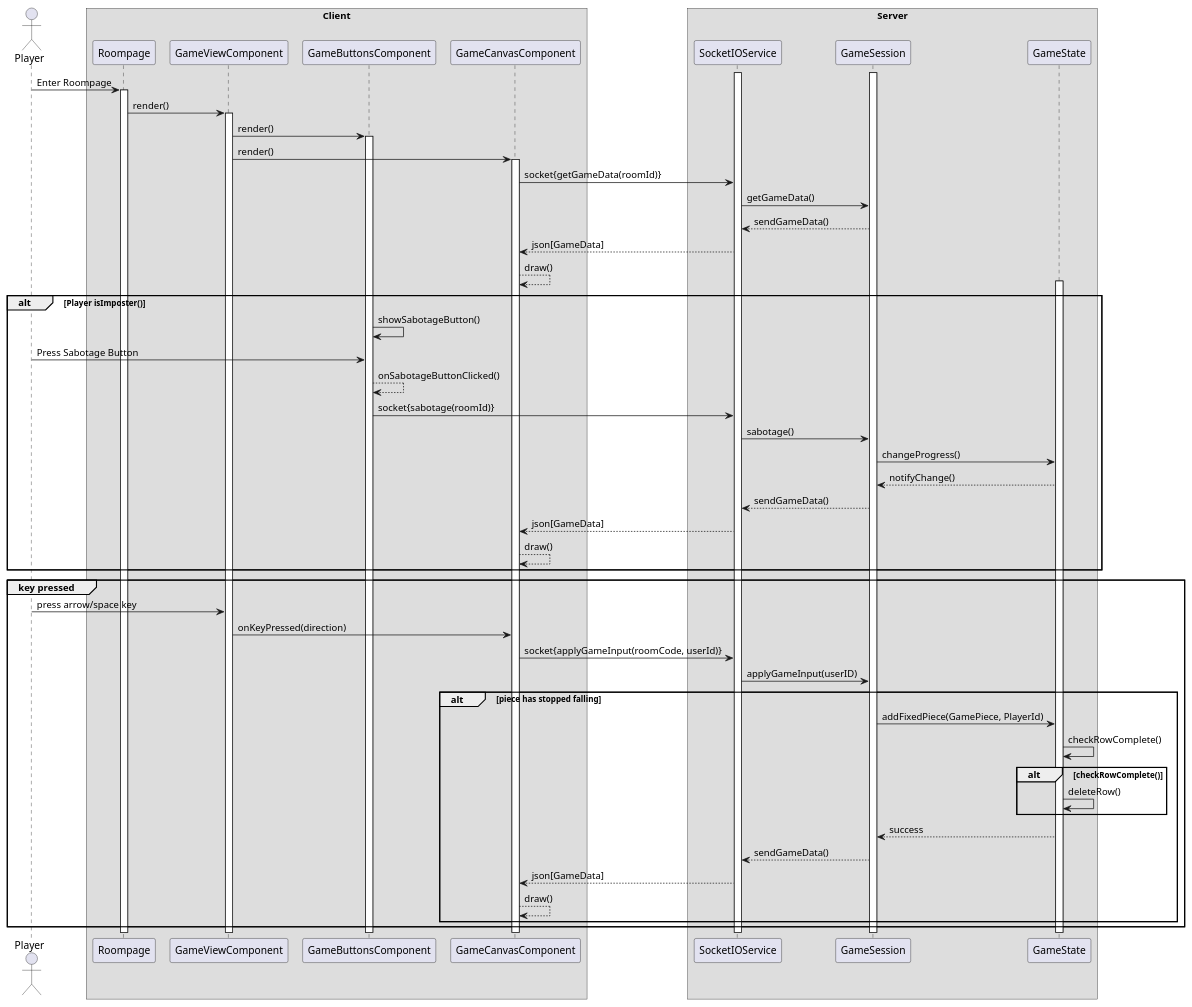
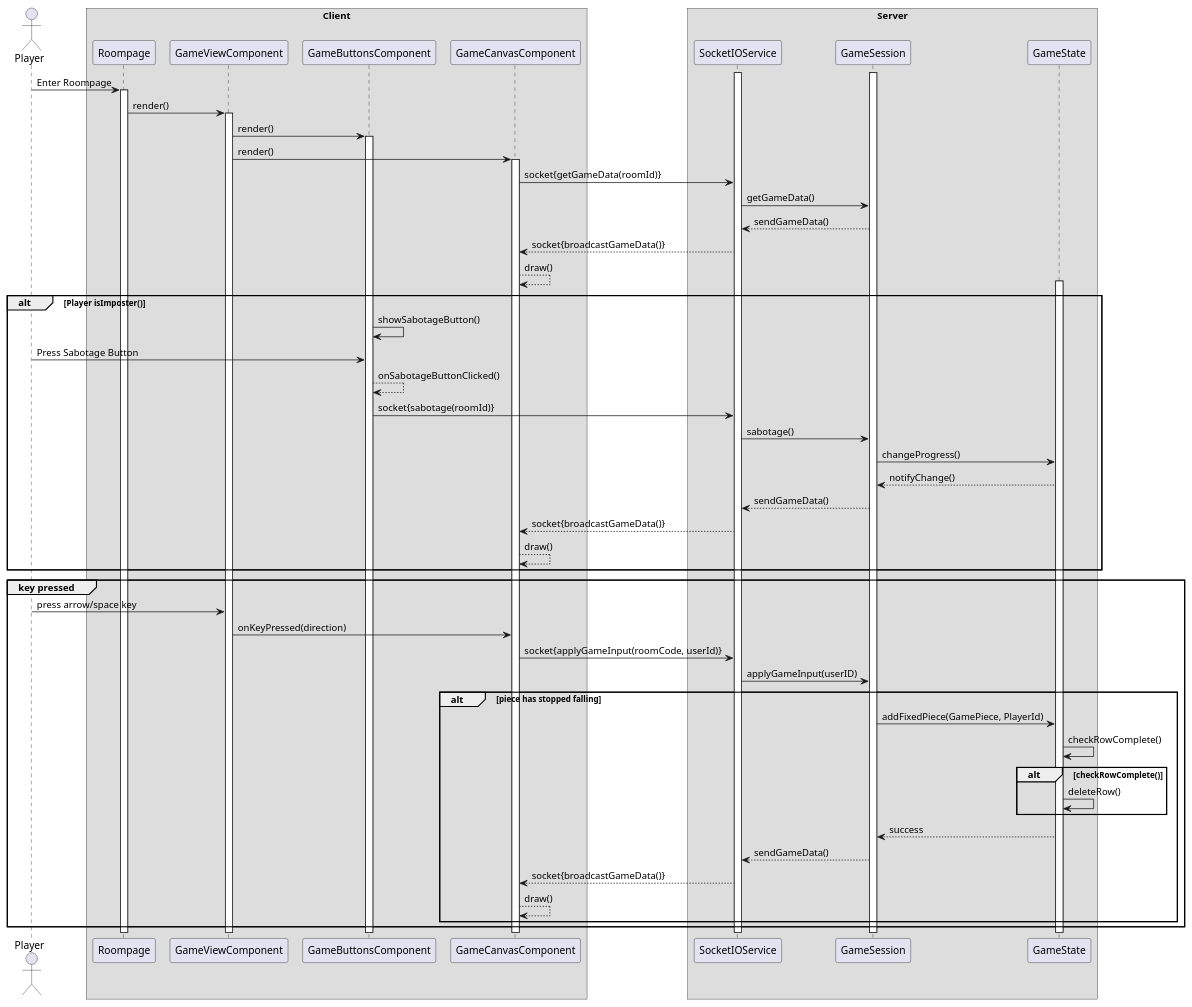
One commit to ducklin5/TTetris changed the diagram in docs/DisplayGameViewSequence.puml. Above: the diagram before and after it, drawn with PlantUML. The commit also changed 3 other files, not shown here.

Commit message:
feat: add voting sequence diagram

```diff
--- a/docs/DisplayGameViewSequence.puml
+++ b/docs/DisplayGameViewSequence.puml
@@ -2,78 +2,78 @@
 @startuml GenerateRoom
 skinparam ParticipantPadding 5
 skinparam BoxPadding 5
 
 
 actor Player
 participant SocketIOService as SS
 
 box Client
     participant Roompage as RP
     participant GameViewComponent as GVC
     participant GameButtonsComponent as GBC
     participant GameCanvasComponent as GCC
 end box
 
 box Server
     participant SocketIOService as SS
     participant GameSession as GS
     participant GameState as GState
 
 end Box
 
 activate SS
 activate GS
 
 Player -> RP: Enter Roompage
 activate RP
 
 RP -> GVC: render()
 activate GVC
 
 GVC -> GBC: render()
 activate GBC
 
 GVC -> GCC: render()
 activate GCC
 
 
 GCC -> SS: socket{getGameData(roomId)}
 
 SS -> GS: getGameData()
 GS --> SS: sendGameData()
-SS --> GCC: json[GameData]
+SS --> GCC: socket{broadcastGameData()}
 
 GCC --> GCC: draw()
 activate GState
 alt Player isImposter()
     GBC -> GBC: showSabotageButton()
     Player -> GBC: Press Sabotage Button
     GBC --> GBC: onSabotageButtonClicked()
     GBC -> SS: socket{sabotage(roomId)}
     SS -> GS: sabotage()
     GS -> GState: changeProgress()
     GState --> GS: notifyChange()
     GS --> SS: sendGameData()
-    SS --> GCC: json[GameData]
+    SS --> GCC: socket{broadcastGameData()}
     GCC --> GCC: draw()
 end
 
 group key pressed
 Player -> GVC: press arrow/space key
 GVC -> GCC: onKeyPressed(direction)
 GCC -> SS: socket{applyGameInput(roomCode, userId)}
 SS -> GS: applyGameInput(userID)
 alt piece has stopped falling 
 GS -> GState: addFixedPiece(GamePiece, PlayerId)
 GState -> GState: checkRowComplete()
 alt checkRowComplete()
     GState -> GState: deleteRow()
 end
 GState --> GS: success
 GS --> SS: sendGameData()
-SS --> GCC: json[GameData]
+SS --> GCC: socket{broadcastGameData()}
 GCC --> GCC: draw()
 end
 end
 
 @enduml
```
